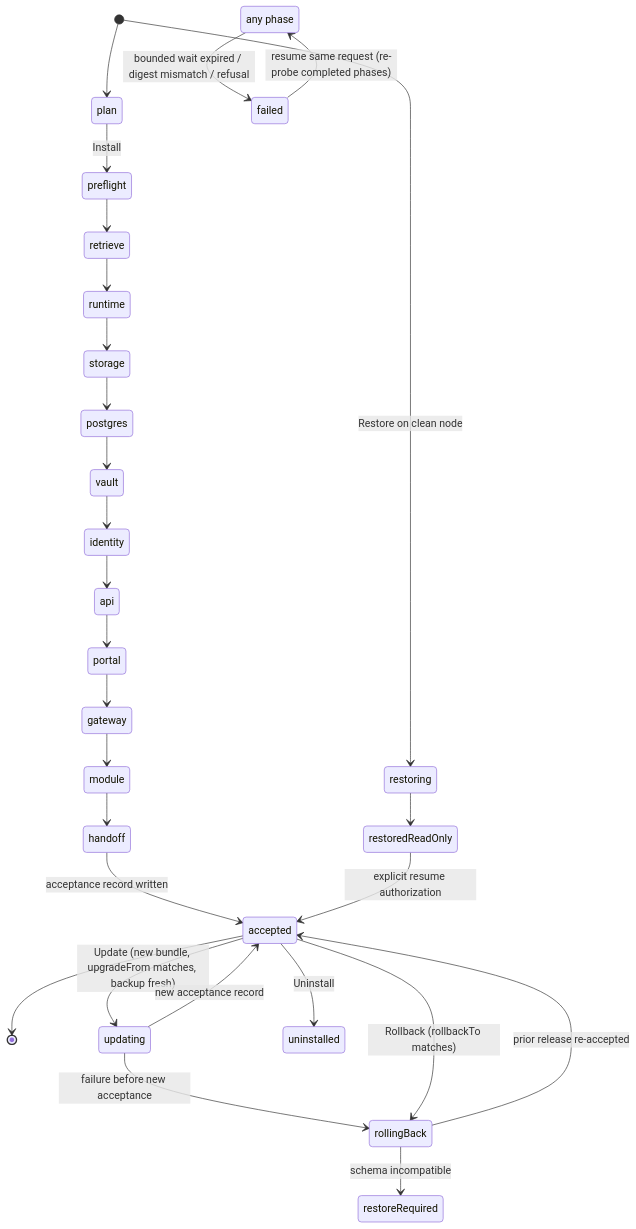
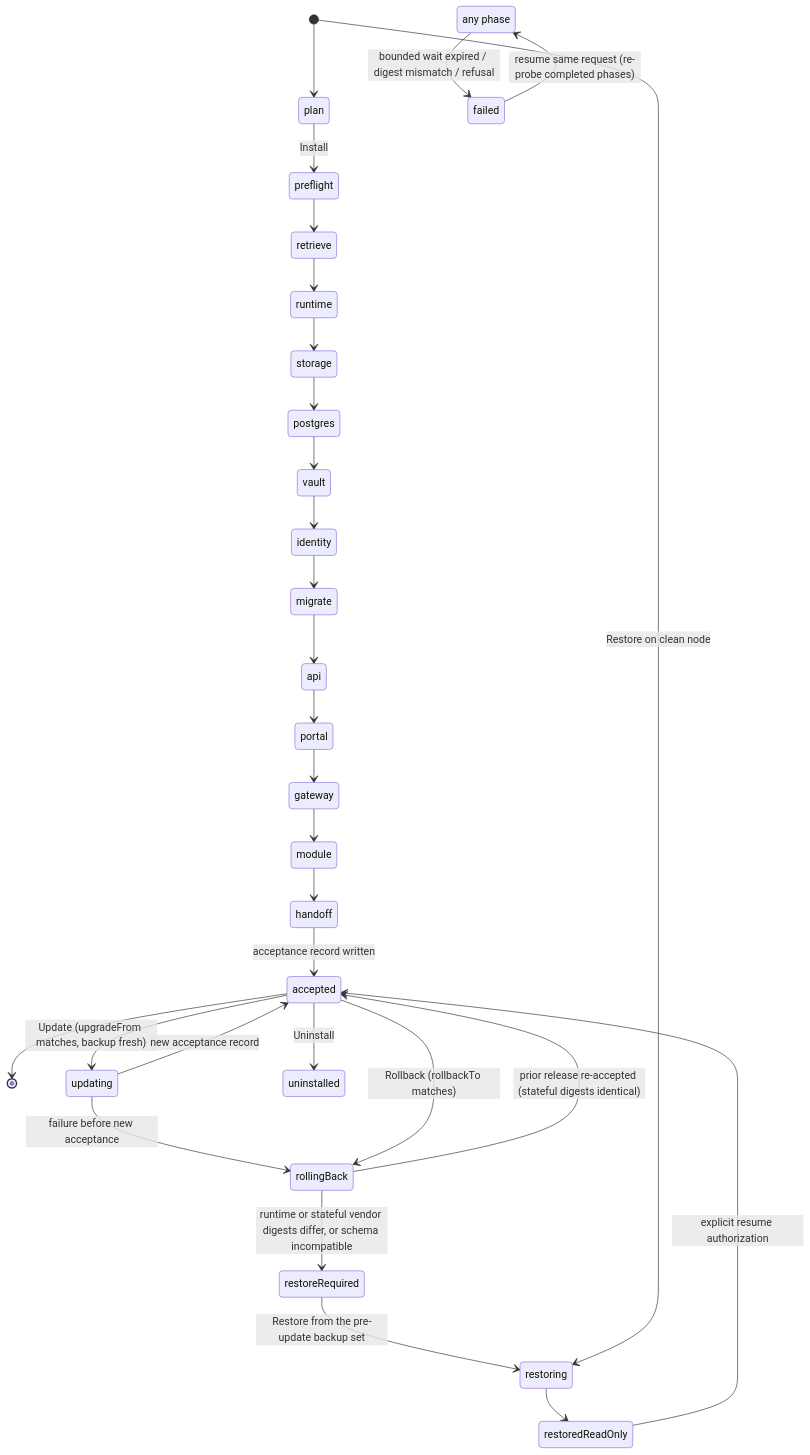
One commit to CloudGrange/cloudgrange-deployment-installer changed the diagram in docs/product-installer-design.md. Above: the diagram before and after it, drawn with Mermaid. The commit also changed other lines of this file and 5 other files, not shown here.

````diff
--- a/docs/product-installer-design.md
+++ b/docs/product-installer-design.md
@@ -365,31 +432,33 @@
 ```mermaid
 stateDiagram-v2
     [*] --> plan
     plan --> preflight: Install
     preflight --> retrieve
     retrieve --> runtime
     runtime --> storage
     storage --> postgres
     postgres --> vault
     vault --> identity
-    identity --> api
+    identity --> migrate
+    migrate --> api
     api --> portal
     portal --> gateway
     gateway --> module
     module --> handoff
     handoff --> accepted: acceptance record written
     accepted --> [*]
     state "any phase" as any
     any --> failed: bounded wait expired / digest mismatch / refusal
     failed --> any: resume same request (re-probe completed phases)
-    accepted --> updating: Update (new bundle, upgradeFrom matches, backup fresh)
+    accepted --> updating: Update (upgradeFrom matches, backup fresh)
     updating --> accepted: new acceptance record
     updating --> rollingBack: failure before new acceptance
     accepted --> rollingBack: Rollback (rollbackTo matches)
-    rollingBack --> accepted: prior release re-accepted
-    rollingBack --> restoreRequired: schema incompatible
+    rollingBack --> accepted: prior release re-accepted (stateful digests identical)
+    rollingBack --> restoreRequired: runtime or stateful vendor digests differ, or schema incompatible
+    restoreRequired --> restoring: Restore from the pre-update backup set
     [*] --> restoring: Restore on clean node
     restoring --> restoredReadOnly
     restoredReadOnly --> accepted: explicit resume authorization
     accepted --> uninstalled: Uninstall
 ```
````
